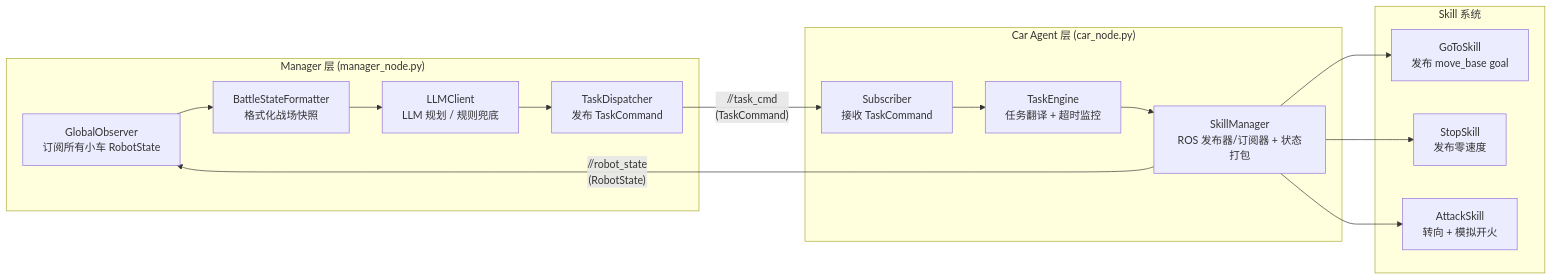
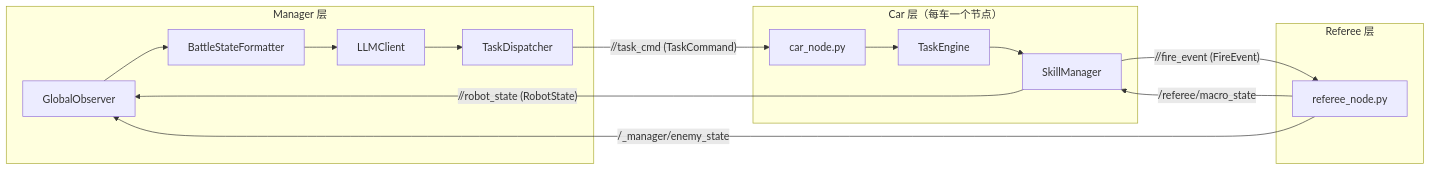
The first of 2 diagrams in TECHNICAL.md (Xqrion/robot_vs), drawn with Mermaid before and after one commit. The commit also changed other lines of this file and 2 other files, not shown here.

First line of the commit message:
docs: refresh technical docs and add MAS architecture document

````diff
--- a/TECHNICAL.md
+++ b/TECHNICAL.md
@@ -55,27 +13,27 @@
 ```mermaid
 flowchart LR
-    subgraph Manager["Manager 层 (manager_node.py)"]
-        OBS["GlobalObserver\n订阅所有小车 RobotState"]
-        FMT["BattleStateFormatter\n格式化战场快照"]
-        LLM["LLMClient\nLLM 规划 / 规则兜底"]
-        DIS["TaskDispatcher\n发布 TaskCommand"]
-        OBS --> FMT --> LLM --> DIS
+    subgraph M["Manager 层"]
+      OBS["GlobalObserver"]
+      FMT["BattleStateFormatter"]
+      LLM["LLMClient"]
+      DIS["TaskDispatcher"]
+      OBS --> FMT --> LLM --> DIS
     end
 
-    subgraph Car["Car Agent 层 (car_node.py)"]
-        SUB["Subscriber\n接收 TaskCommand"]
-        TE["TaskEngine\n任务翻译 + 超时监控"]
-        SM["SkillManager\nROS 发布器/订阅器 + 状态打包"]
-        SUB --> TE --> SM
+    subgraph C["Car 层（每车一个节点）"]
+      CN["car_node.py"]
+      TE["TaskEngine"]
+      SM["SkillManager"]
+      CN --> TE --> SM
     end
 
-    subgraph Skills["Skill 系统"]
-        G["GoToSkill\n发布 move_base goal"]
-        S["StopSkill\n发布零速度"]
-        A["AttackSkill\n转向 + 模拟开火"]
+    subgraph R["Referee 层"]
+      RF["referee_node.py"]
     end
 
-    DIS -- "/<ns>/task_cmd\n(TaskCommand)" --> SUB
-    SM -- "/<ns>/robot_state\n(RobotState)" --> OBS
-    SM --> G & S & A
+    DIS -- "/<ns>/task_cmd (TaskCommand)" --> CN
+    SM -- "/<ns>/robot_state (RobotState)" --> OBS
+    SM -- "/<ns>/fire_event (FireEvent)" --> RF
+    RF -- "/<team>_manager/enemy_state" --> OBS
+    RF -- "/referee/macro_state" --> SM
 ```
````
